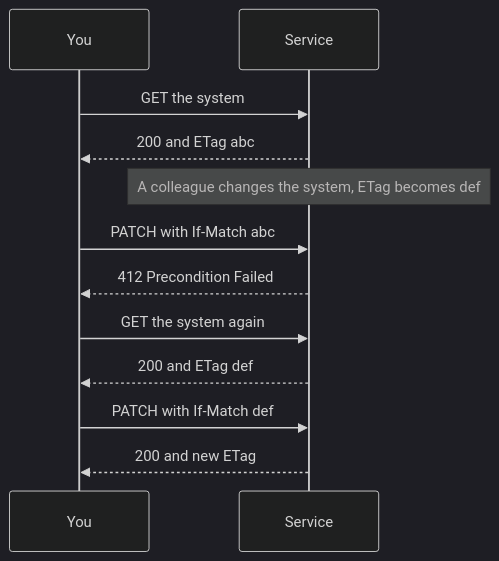
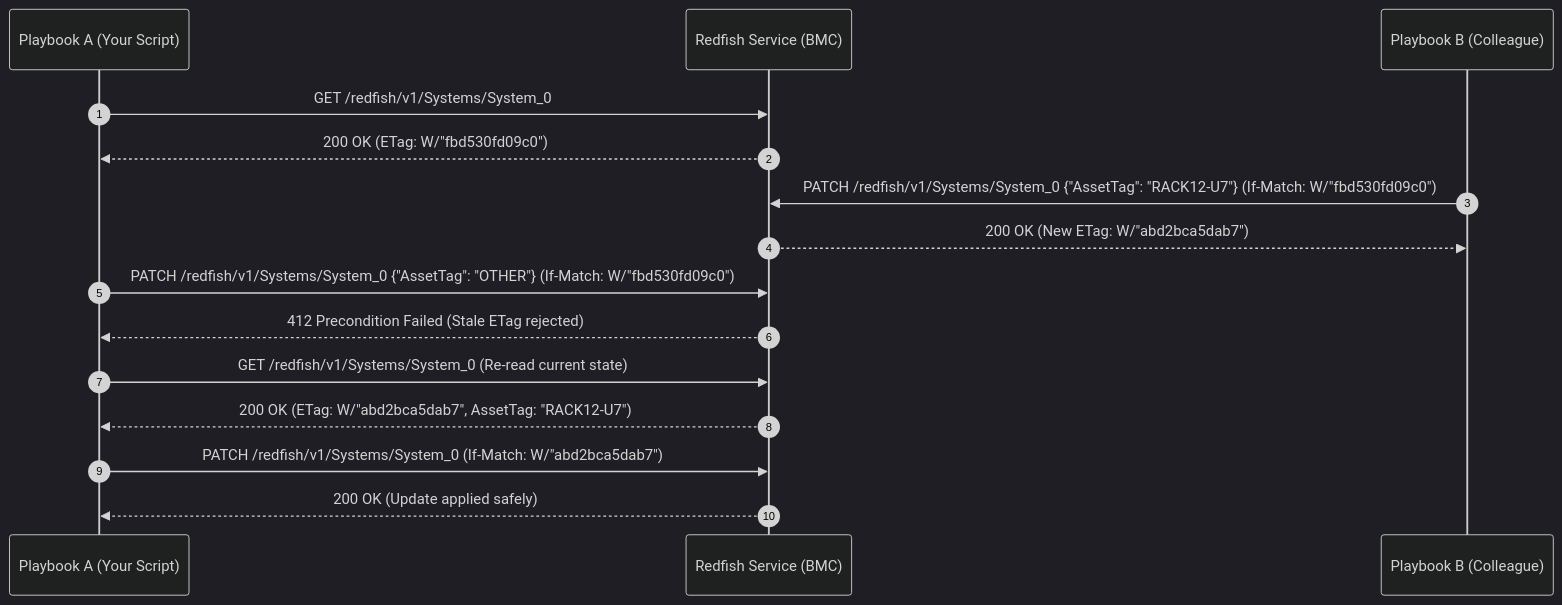
The first of 2 diagrams in docs/part-07-redfish-bmc/03-the-redfish-protocol-http-methods-headers-status-codes-query-parameter.md (jithinpnjm/ai-infra-handbook), drawn with Mermaid (dark theme) before and after one commit. The commit also changed other lines of this file and 3 other files, not shown here.

````diff
--- a/docs/part-07-redfish-bmc/03-the-redfish-protocol-http-methods-headers-status-codes-query-parameter.md
+++ b/docs/part-07-redfish-bmc/03-the-redfish-protocol-http-methods-headers-status-codes-query-parameter.md
@@ -91,14 +125,18 @@
 ```mermaid
 sequenceDiagram
-    participant A as You
-    participant S as Service
-    A->>S: GET the system
-    S-->>A: 200 and ETag abc
-    Note over S: A colleague changes the system, ETag becomes def
-    A->>S: PATCH with If-Match abc
-    S-->>A: 412 Precondition Failed
-    A->>S: GET the system again
-    S-->>A: 200 and ETag def
-    A->>S: PATCH with If-Match def
-    S-->>A: 200 and new ETag
+    autonumber
+    participant A as Playbook A (Your Script)
+    participant BMC as Redfish Service (BMC)
+    participant B as Playbook B (Colleague)
+
+    A->>BMC: GET /redfish/v1/Systems/System_0
+    BMC-->>A: 200 OK (ETag: W/"fbd530fd09c0")
+    B->>BMC: PATCH /redfish/v1/Systems/System_0 {"AssetTag": "RACK12-U7"} (If-Match: W/"fbd530fd09c0")
+    BMC-->>B: 200 OK (New ETag: W/"abd2bca5dab7")
+    A->>BMC: PATCH /redfish/v1/Systems/System_0 {"AssetTag": "OTHER"} (If-Match: W/"fbd530fd09c0")
+    BMC-->>A: 412 Precondition Failed (Stale ETag rejected)
+    A->>BMC: GET /redfish/v1/Systems/System_0 (Re-read current state)
+    BMC-->>A: 200 OK (ETag: W/"abd2bca5dab7", AssetTag: "RACK12-U7")
+    A->>BMC: PATCH /redfish/v1/Systems/System_0 (If-Match: W/"abd2bca5dab7")
+    BMC-->>A: 200 OK (Update applied safely)
 ```
````
